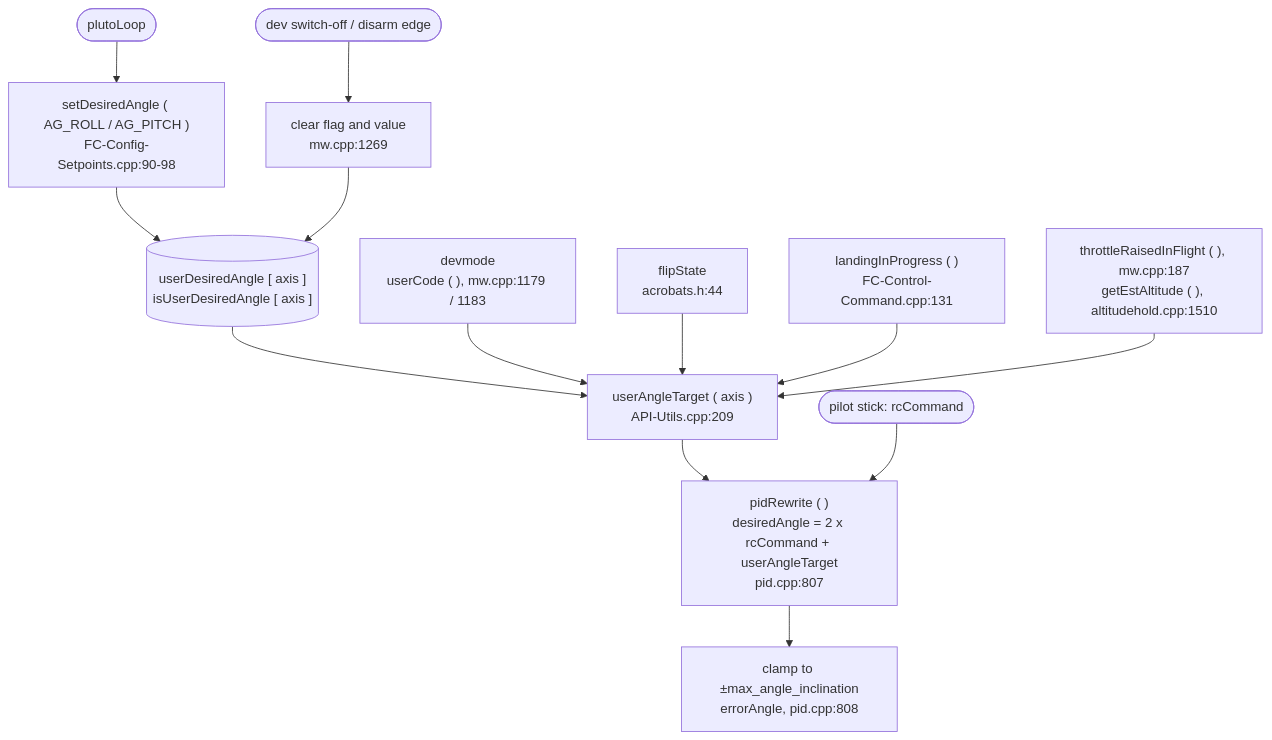
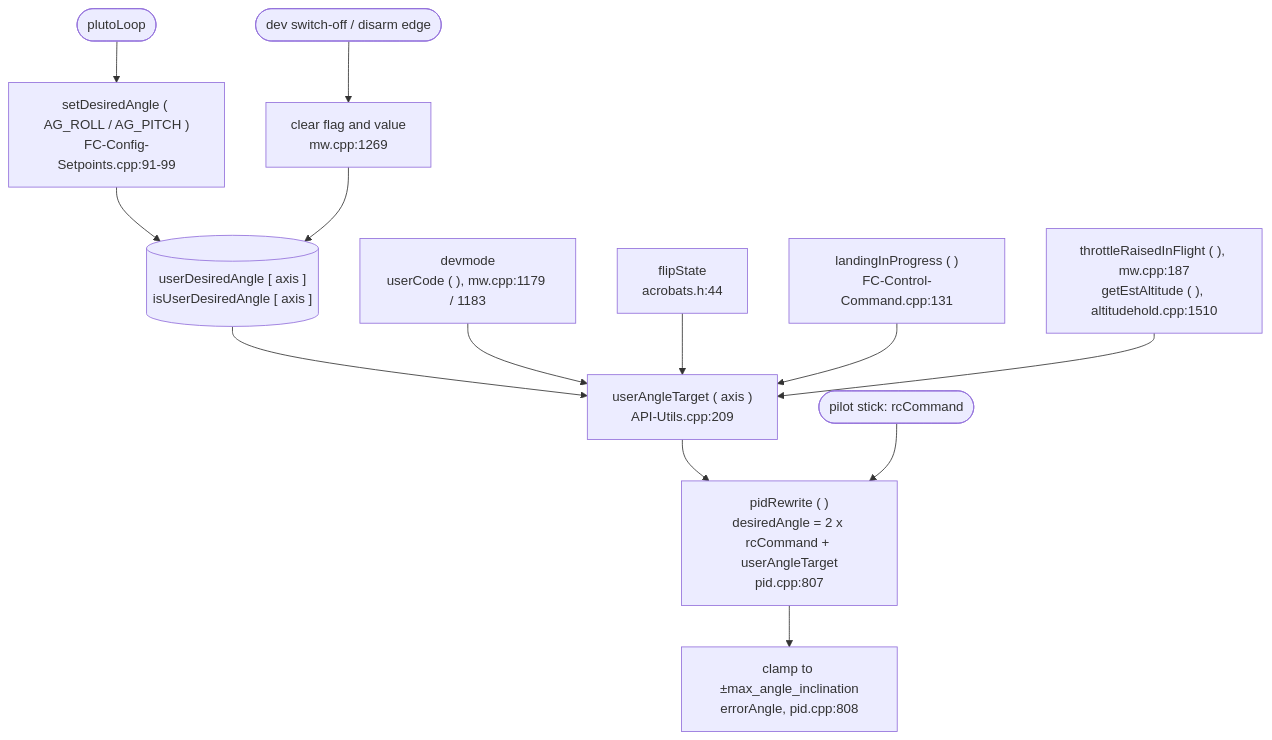
The third of 5 diagrams in docs/fw-development-reference/fw-architecture-pipeline/subsystems/User_Space_API.md (DronaAviation/MagisV2), drawn with Mermaid before and after one commit. The commit also changed other lines of this file and 26 other files, not shown here.

````diff
--- a/docs/fw-development-reference/fw-architecture-pipeline/subsystems/User_Space_API.md
+++ b/docs/fw-development-reference/fw-architecture-pipeline/subsystems/User_Space_API.md
@@ -221,15 +224,15 @@
 ```mermaid
 flowchart TD
-    UC([plutoLoop]) --> SA["setDesiredAngle ( AG_ROLL / AG_PITCH )<br/>FC-Config-Setpoints.cpp:90-98"]
+    UC([plutoLoop]) --> SA["setDesiredAngle ( AG_ROLL / AG_PITCH )<br/>FC-Config-Setpoints.cpp:91-99"]
     SA --> T[("userDesiredAngle [ axis ]<br/>isUserDesiredAngle [ axis ]")]
     T --> G["userAngleTarget ( axis )<br/>API-Utils.cpp:209"]
     DM["devmode<br/>userCode ( ), mw.cpp:1179 / 1183"] --> G
     FS["flipState<br/>acrobats.h:44"] --> G
     LD["landingInProgress ( )<br/>FC-Control-Command.cpp:131"] --> G
     AB["throttleRaisedInFlight ( ), mw.cpp:187<br/>getEstAltitude ( ), altitudehold.cpp:1510"] --> G
     G --> PR["pidRewrite ( )<br/>desiredAngle = 2 x rcCommand + userAngleTarget<br/>pid.cpp:807"]
     ST([pilot stick: rcCommand]) --> PR
     PR --> CL["clamp to ±max_angle_inclination<br/>errorAngle, pid.cpp:808"]
     Off([dev switch-off / disarm edge]) --> Clr["clear flag and value<br/>mw.cpp:1269"]
     Clr --> T
 ```
````
